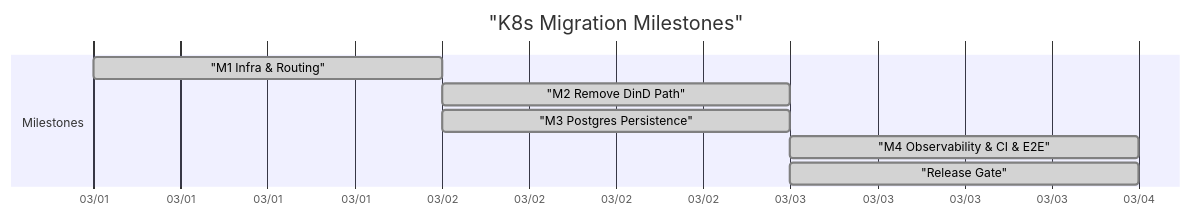
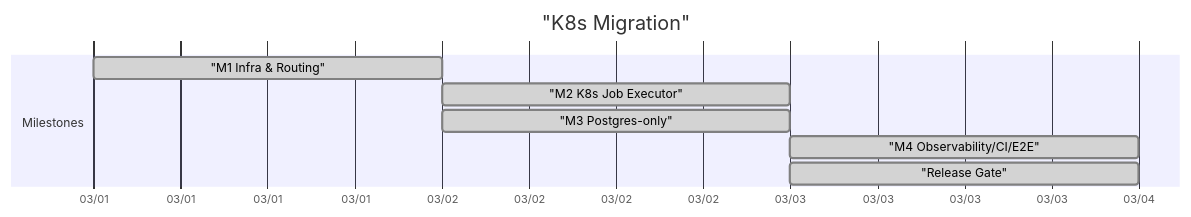
Before and after one commit to ZUENS2020/Sherpa: the fifth of 5 diagrams in README.md, drawn with Mermaid. The commit also changed other lines of this file and 8 other files, not shown here.

````diff
--- a/README.md
+++ b/README.md
@@ -251,12 +162,12 @@
 ```mermaid
 gantt
-  title "K8s Migration Milestones"
+  title "K8s Migration"
   dateFormat  YYYY-MM-DD
   axisFormat  %m/%d
   section Milestones
   "M1 Infra & Routing" :done, m1, 2026-03-01, 1d
-  "M2 Remove DinD Path" :done, m2, 2026-03-02, 1d
-  "M3 Postgres Persistence" :done, m3, 2026-03-02, 1d
-  "M4 Observability & CI & E2E" :done, m4, 2026-03-03, 1d
-  "Release Gate" :done, gate, 2026-03-03, 1d
+  "M2 K8s Job Executor" :done, m2, 2026-03-02, 1d
+  "M3 Postgres-only" :done, m3, 2026-03-02, 1d
+  "M4 Observability/CI/E2E" :done, m4, 2026-03-03, 1d
+  "Release Gate" :done, rg, 2026-03-03, 1d
 ```
````
